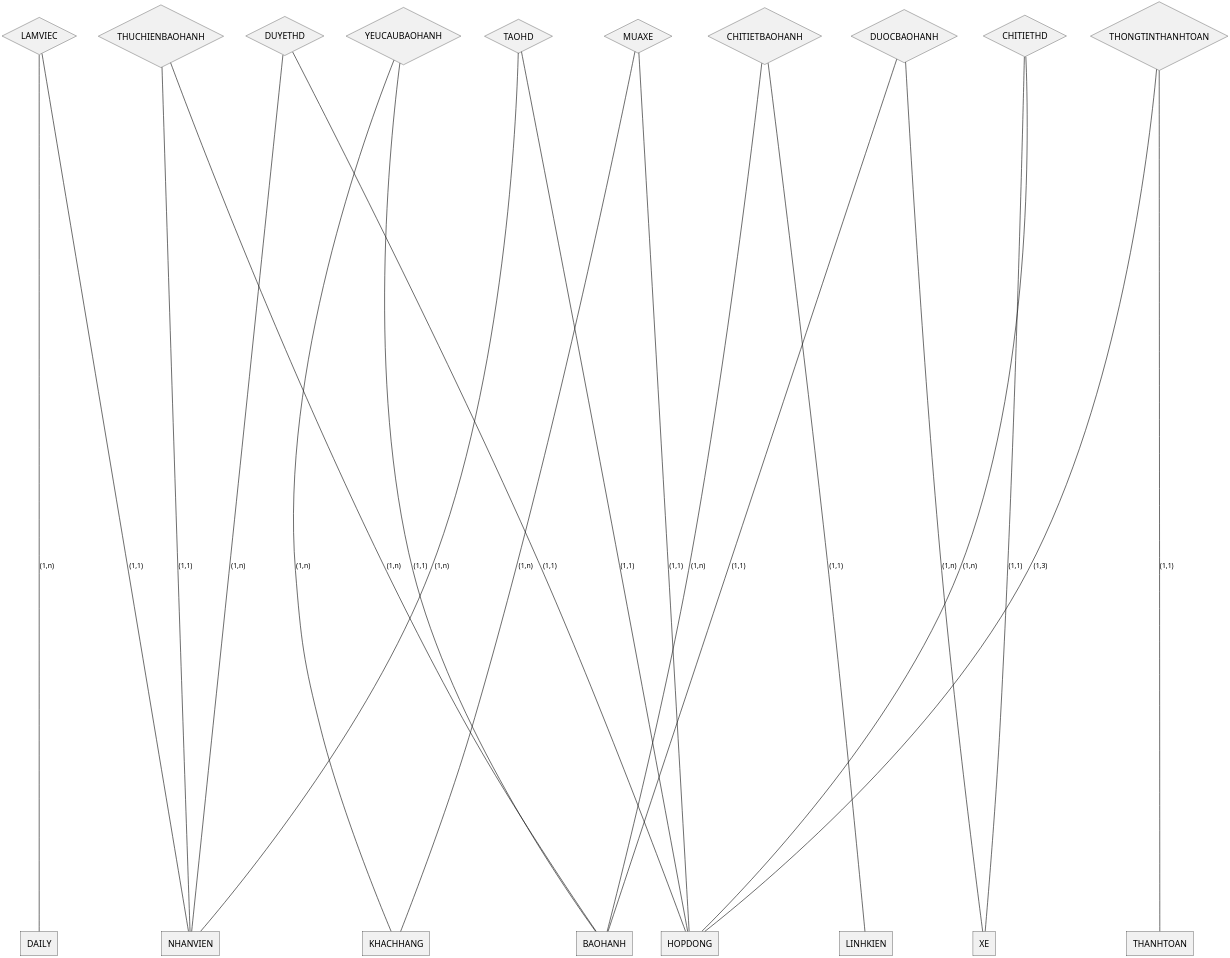
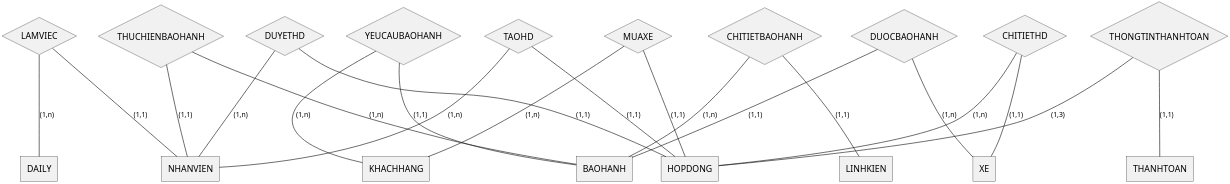
One commit to leanhvu21042001/LT.K2025.2-CNTT changed the diagram in uit/courses/IE103/exercises/BTQT2/assets/bai2-erd.puml. Above: the diagram before and after it, drawn with PlantUML.

```diff
--- a/uit/courses/IE103/exercises/BTQT2/assets/bai2-erd.puml
+++ b/uit/courses/IE103/exercises/BTQT2/assets/bai2-erd.puml
@@ -1,117 +1,127 @@
 @startchen
 
 ' skinparam monochrome true
 skinparam defaultFontName Iosevka
-!pragma ratio 1.0
+
+' !pragma ratio 1.0
+' The 'ratio' command can conflict with the layout engine's attempt to find the best fit.
+' The command below is the most effective way to get a compact layout.
+
+' ** THIS IS THE FIX **
+' Change the layout engine from the default 'dot' (which is hierarchical and gets wide)
+' to 'neato' (which uses a "spring model" to cluster related items together).
+' This almost always results in a more compact, less-wide diagram.
+!pragma layout neato
+
 ' skinparam roundcorner 10
 skinparam dpi 300
 
 entity DAILY {
 '   MaDaiLy <<key>>
 '   TenDaiLy
 }
 
 entity NHANVIEN {
 '   MaNV <<key>>
 '   TenNV
 }
 
 entity KHACHHANG {
 '   MaKH <<key>>
 '   TenKH
 }
 
 entity XE {
 '   BienSo <<key>>
 '   HangXe
 }
 
 entity HOPDONG {
 '   SoHD <<key>>
 '   NgayLap
 }
 
 entity THANHTOAN {
 '   MaTT <<key>>
 '   NgayTT
 }
 
 entity BAOHANH {
 '   MaBH <<key>>
 '   MoTaLoi
 '   NgayBatDau
 '   NgayKetThuc
 }
 
 entity LINHKIEN {
 '   MaLK <<key>>
 '   TenLK
 '   Gia
 }
 
 relationship LAMVIEC {
 '   NgayLamViec
 }
 
 relationship YEUCAUBAOHANH {
 '   NgayYeuCau
 }
 
 relationship THUCHIENBAOHANH {
 '   NgayThucHien
 '   MaNV <<foreign>>
 }
 
 relationship DUOCBAOHANH {
 '   NgayDuocBaoHanh
 }
 
 relationship TAOHD {
 '   NgayTao
 }
 
 relationship DUYETHD {
 '   NgayDuyet
 }
 
 relationship CHITIETHD {
 '   SoLuong
 '   DonGia
 }
 
 relationship CHITIETBAOHANH {
 '   SoLuongLK
 '   Giatien
 }
 
 relationship THONGTINTHANHTOAN {
 '   MaTT <<foreign>>
 '   SoTien
 }
 
 relationship MUAXE {
 '   NgayMua
 }
 
 LAMVIEC -(1,1)- NHANVIEN
 LAMVIEC -(1,n)- DAILY
 YEUCAUBAOHANH -(1,n)- KHACHHANG
 YEUCAUBAOHANH -(1,1)- BAOHANH
 THUCHIENBAOHANH -(1,1)- NHANVIEN
 THUCHIENBAOHANH -(1,n)- BAOHANH
 DUOCBAOHANH -(1,n)- XE
 DUOCBAOHANH -(1,1)- BAOHANH
 TAOHD -(1,n)- NHANVIEN
 TAOHD -(1,1)- HOPDONG
 DUYETHD -(1,n)- NHANVIEN
 DUYETHD -(1,1)- HOPDONG
 CHITIETHD -(1,n)- HOPDONG
 CHITIETHD -(1,1)- XE
 CHITIETBAOHANH -(1,n)- BAOHANH
 CHITIETBAOHANH -(1,1)- LINHKIEN
 THONGTINTHANHTOAN -(1,1)- THANHTOAN
 THONGTINTHANHTOAN -(1,3)- HOPDONG
 MUAXE -(1,n)- KHACHHANG
 MUAXE -(1,1)- HOPDONG
 
 @endchen
```
